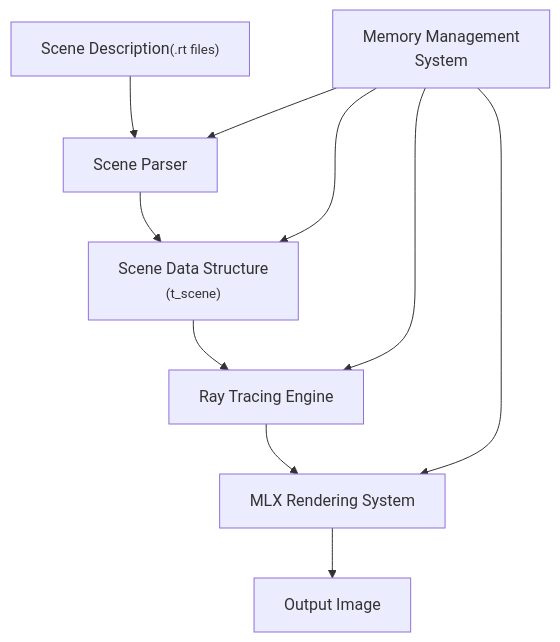
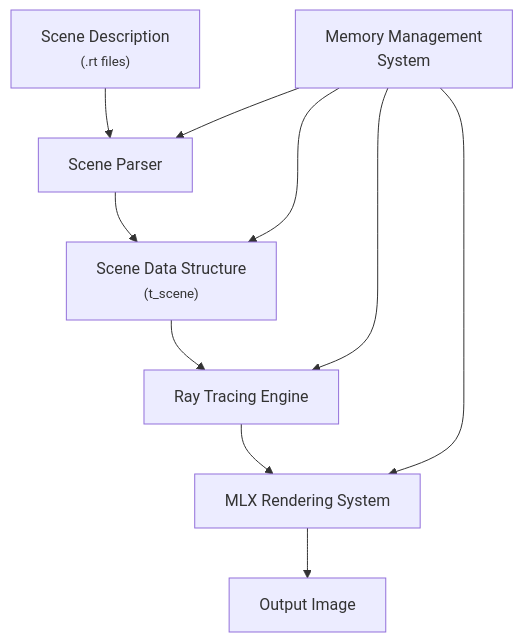
Before and after one commit to helgh/MiniRT_1337: the diagram in README.md, drawn with Mermaid.

````diff
--- a/README.md
+++ b/README.md
@@ -32,12 +32,12 @@
 ```mermaid
 graph TD
-    B["Scene Description<small>(.rt files)</small>"] --> C["Scene Parser"]
+    B["Scene Description<br><small>(.rt files)</small>"] --> C["Scene Parser"]
     C --> D["Scene Data Structure<br><small>(t_scene)</small>"]
     D --> E["Ray Tracing Engine"]
     E --> F["MLX Rendering System"]
     F --> G["Output Image"]
     A["Memory Management<br> System"] --> C
     A --> D
     A --> E
     A --> F
 ```
````
